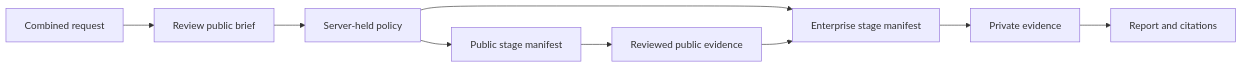
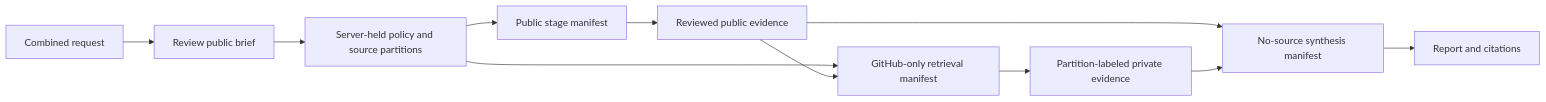
Before and after one commit to gvaibhav/openshell-deep-research-platform: the first of 2 diagrams in examples/README.md, drawn with Mermaid. The commit also changed other lines of this file and 48 other files, not shown here.

````diff
--- a/examples/README.md
+++ b/examples/README.md
@@ -9,11 +19,13 @@
 ```mermaid
 flowchart LR
     Request[Combined request] --> Approval[Review public brief]
-    Approval --> Policy[Server-held policy]
+    Approval --> Policy[Server-held policy and source partitions]
     Policy --> Public[Public stage manifest]
     Public --> PublicEvidence[Reviewed public evidence]
-    Policy --> Private[Enterprise stage manifest]
-    PublicEvidence --> Private
-    Private --> PrivateEvidence[Private evidence]
-    PrivateEvidence --> Report[Report and citations]
+    Policy --> Retrieval[GitHub-only retrieval manifest]
+    PublicEvidence --> Retrieval
+    Retrieval --> PrivateEvidence[Partition-labeled private evidence]
+    PublicEvidence --> Synthesis[No-source synthesis manifest]
+    PrivateEvidence --> Synthesis
+    Synthesis --> Report[Report and citations]
 ```
````
